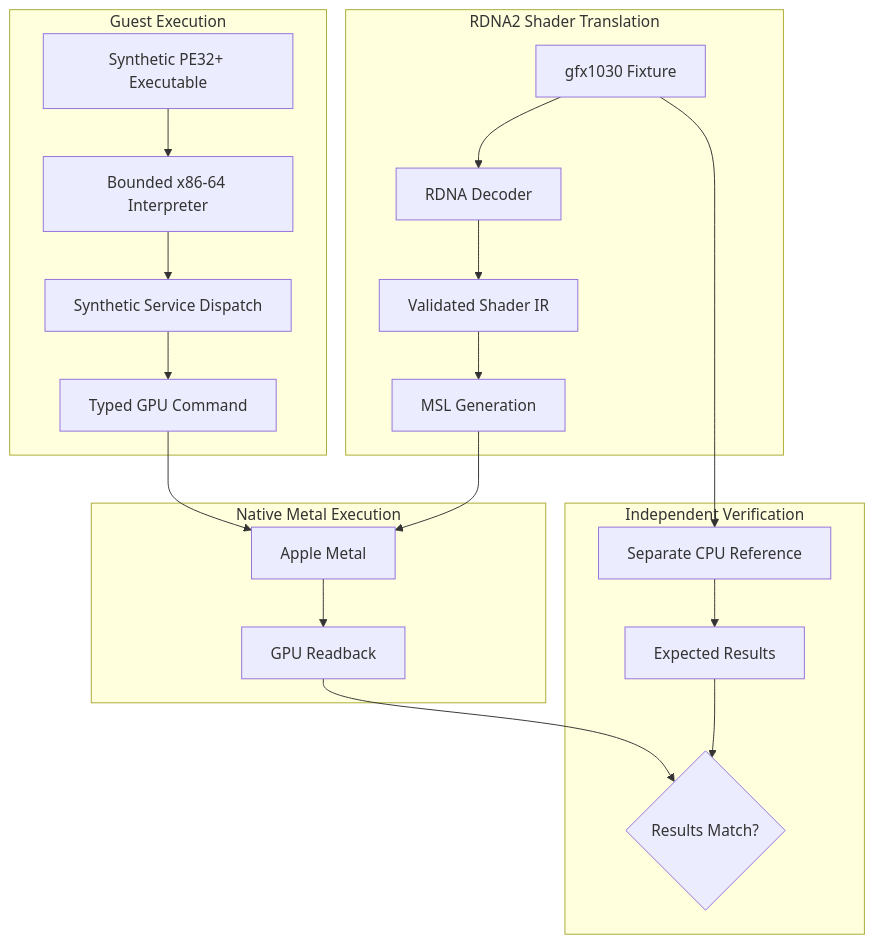
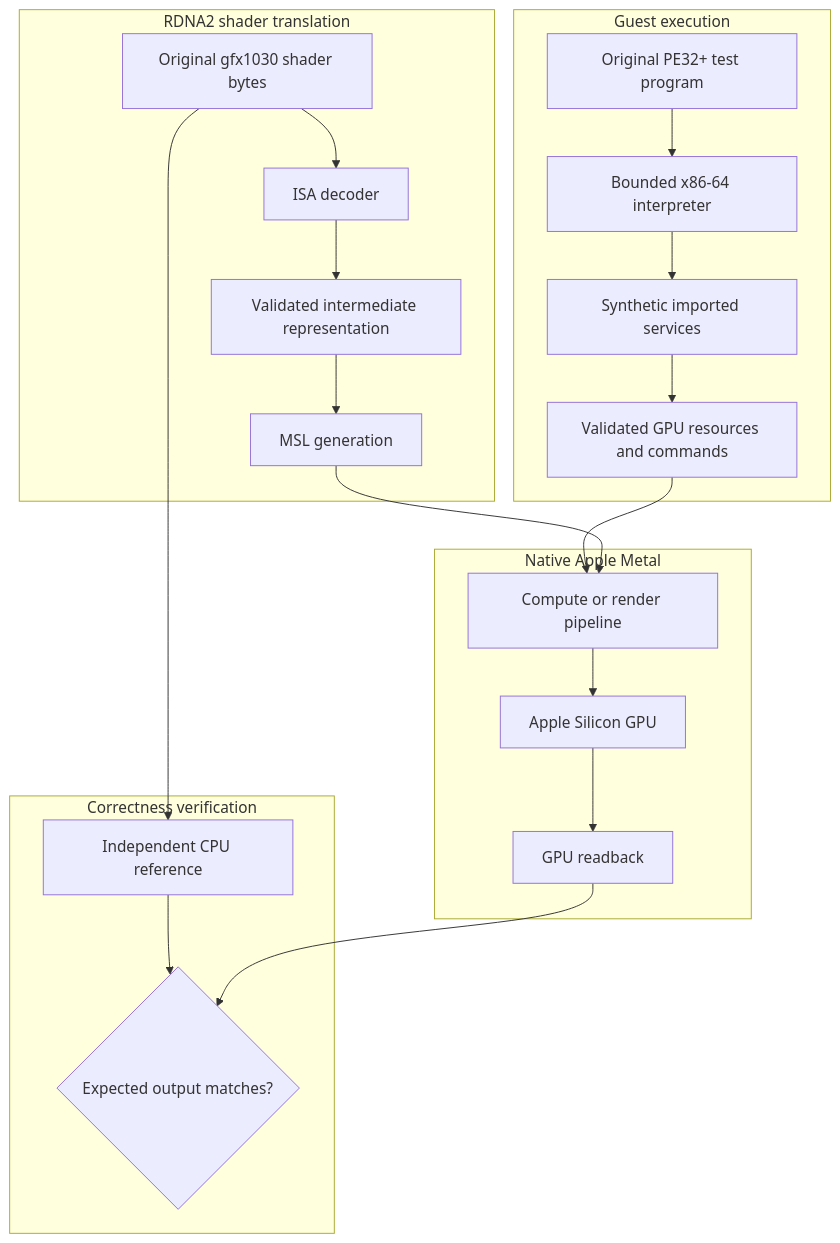
One commit to 1Bartosz/Xenora changed the second of 2 diagrams in README.md. Above: the diagram before and after it, drawn with Mermaid. The commit also changed other lines of this file, not shown here.

````diff
--- a/README.md
+++ b/README.md
@@ -27,27 +165,44 @@
 ```mermaid
 flowchart TD
-    subgraph CPU["Guest Execution"]
-        A["Synthetic PE32+ Executable"] --> B["Bounded x86-64 Interpreter"]
-        B --> C["Synthetic Service Dispatch"]
-        C --> D["Typed GPU Command"]
+    subgraph Guest["Guest execution"]
+        A["Original PE32+ test program"]
+        B["Bounded x86-64 interpreter"]
+        C["Synthetic imported services"]
+        D["Validated GPU resources and commands"]
+
+        A --> B
+        B --> C
+        C --> D
     end
 
-    subgraph GPU["Native Metal Execution"]
-        D --> E["Apple Metal"]
-        E --> F["GPU Readback"]
+    subgraph Shader["RDNA2 shader translation"]
+        E["Original gfx1030 shader bytes"]
+        F["ISA decoder"]
+        G["Validated intermediate representation"]
+        H["MSL generation"]
+
+        E --> F
+        F --> G
+        G --> H
     end
 
-    subgraph SHADER["RDNA2 Shader Translation"]
-        G["gfx1030 Fixture"] --> H["RDNA Decoder"]
-        H --> I["Validated Shader IR"]
-        I --> J["MSL Generation"]
-        J --> E
+    subgraph Metal["Native Apple Metal"]
+        I["Compute or render pipeline"]
+        J["Apple Silicon GPU"]
+        K["GPU readback"]
+
+        D --> I
+        H --> I
+        I --> J
+        J --> K
     end
 
-    subgraph VERIFY["Independent Verification"]
-        G --> K["Separate CPU Reference"]
-        K --> L["Expected Results"]
-        F --> M{"Results Match?"}
+    subgraph Validation["Correctness verification"]
+        L["Independent CPU reference"]
+        M{"Expected output matches?"}
+
+        E --> L
         L --> M
+        K --> M
     end
 ```
````
